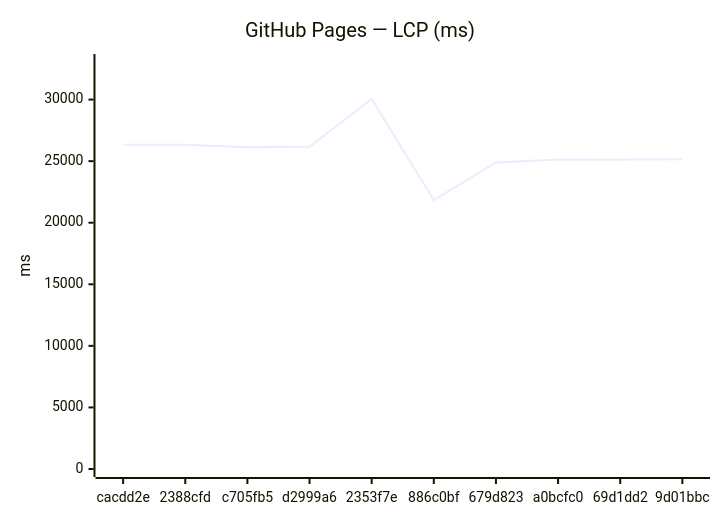
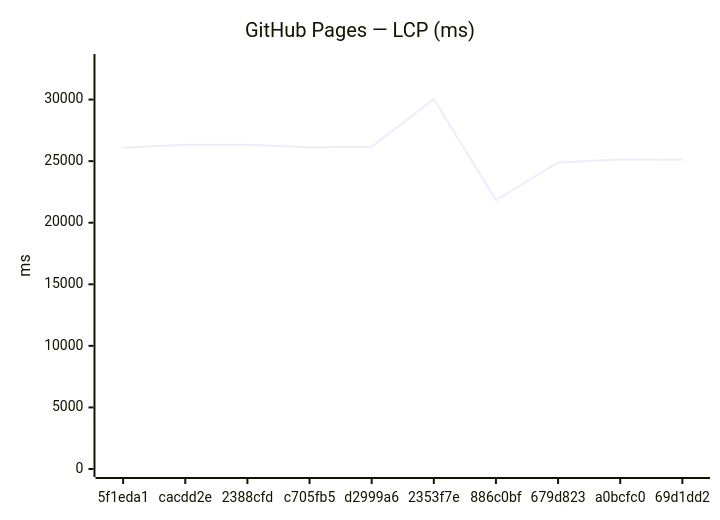
One commit to Metaheurist/Rianell changed the third of 12 diagrams in benchmarks/compare.md. Above: the diagram before and after it, drawn with Mermaid. The commit also changed other lines of this file and 8 other files, not shown here.

````diff
--- a/benchmarks/compare.md
+++ b/benchmarks/compare.md
@@ -54,7 +54,7 @@
 ```mermaid
 xychart-beta
     title "GitHub Pages — LCP (ms)"
-    x-axis ["cacdd2e", "2388cfd", "c705fb5", "d2999a6", "2353f7e", "886c0bf", "679d823", "a0bcfc0", "69d1dd2", "9d01bbc"]
+    x-axis ["5f1eda1", "cacdd2e", "2388cfd", "c705fb5", "d2999a6", "2353f7e", "886c0bf", "679d823", "a0bcfc0", "69d1dd2"]
     y-axis "ms" 0 --> 33052
-    line [26327, 26326, 26120, 26164, 30047, 21835, 24900, 25139, 25124, 25162]
+    line [26085, 26327, 26326, 26120, 26164, 30047, 21835, 24900, 25139, 25124]
 ```
````
